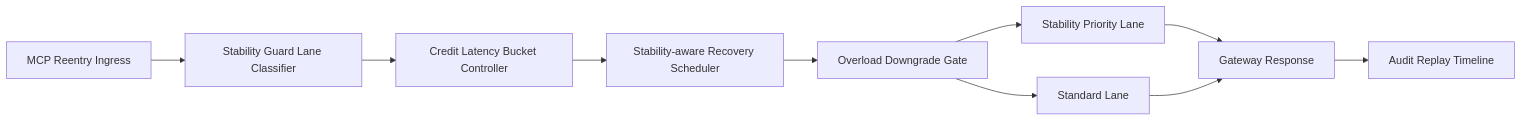
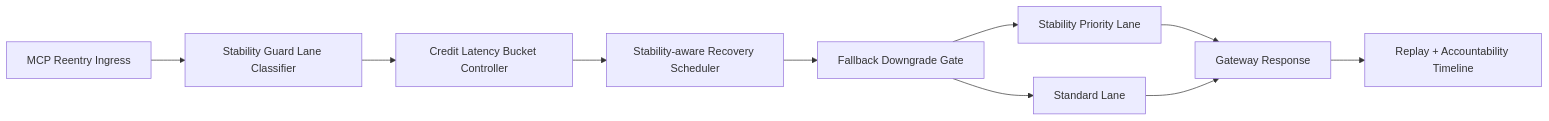
Before and after one commit to turbo998/ai-infra-lab: the diagram in docs/azure-agent-infra/agent-apim-mcp-reentry-credit-latencybucket-stabilityguardlane-fairness-faq.en.md, drawn with Mermaid. The commit also changed other lines of this file and 22 other files, not shown here.

````diff
--- a/docs/azure-agent-infra/agent-apim-mcp-reentry-credit-latencybucket-stabilityguardlane-fairness-faq.en.md
+++ b/docs/azure-agent-infra/agent-apim-mcp-reentry-credit-latencybucket-stabilityguardlane-fairness-faq.en.md
@@ -26,12 +26,12 @@
 ```mermaid
 flowchart LR
   A[MCP Reentry Ingress] --> B[Stability Guard Lane Classifier]
   B --> C[Credit Latency Bucket Controller]
   C --> D[Stability-aware Recovery Scheduler]
-  D --> E[Overload Downgrade Gate]
+  D --> E[Fallback Downgrade Gate]
   E --> F[Stability Priority Lane]
   E --> G[Standard Lane]
   F --> H[Gateway Response]
   G --> H
-  H --> I[Audit Replay Timeline]
+  H --> I[Replay + Accountability Timeline]
 ```
````
